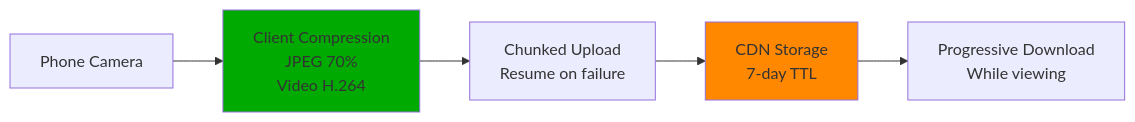
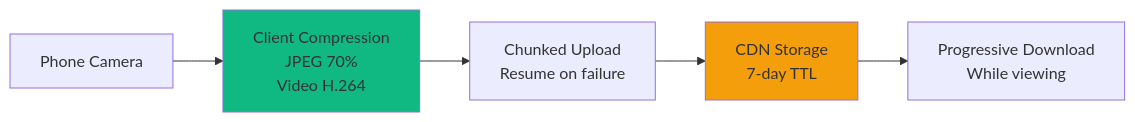
One commit to deepaucksharma/DS changed the sixth of 6 diagrams in site/docs/scaling/whatsapp-evolution.md. Above: the diagram before and after it, drawn with Mermaid. The commit also changed other lines of this file and 303 other files, not shown here.

````diff
--- a/site/docs/scaling/whatsapp-evolution.md
+++ b/site/docs/scaling/whatsapp-evolution.md
@@ -416,10 +416,10 @@
 ```mermaid
 graph LR
     PHONE[Phone Camera] --> COMPRESS[Client Compression<br/>JPEG 70%<br/>Video H.264]
     COMPRESS --> UPLOAD[Chunked Upload<br/>Resume on failure]
     UPLOAD --> CDN[CDN Storage<br/>7-day TTL]
     CDN --> DOWNLOAD[Progressive Download<br/>While viewing]
 
-    style COMPRESS fill:#00AA00
-    style CDN fill:#FF8800
+    style COMPRESS fill:#10B981
+    style CDN fill:#F59E0B
 ```
````
